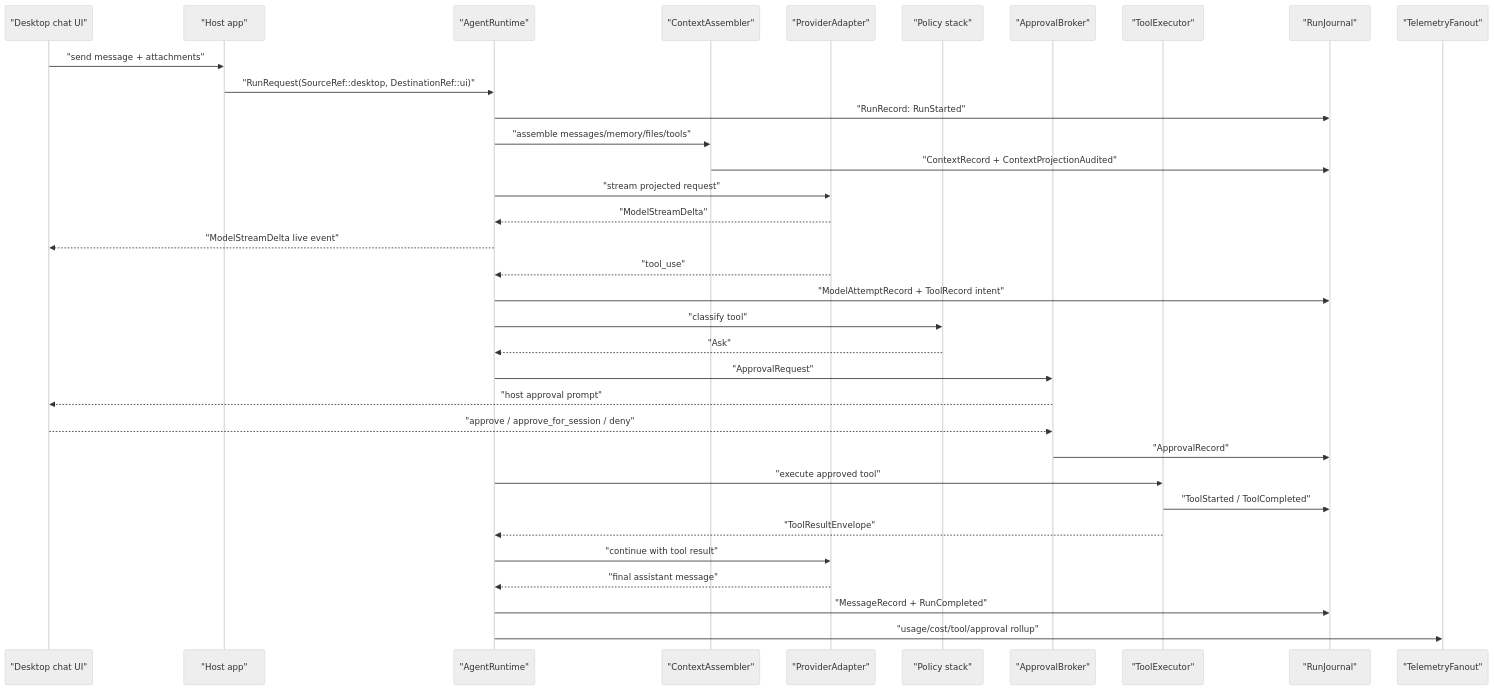
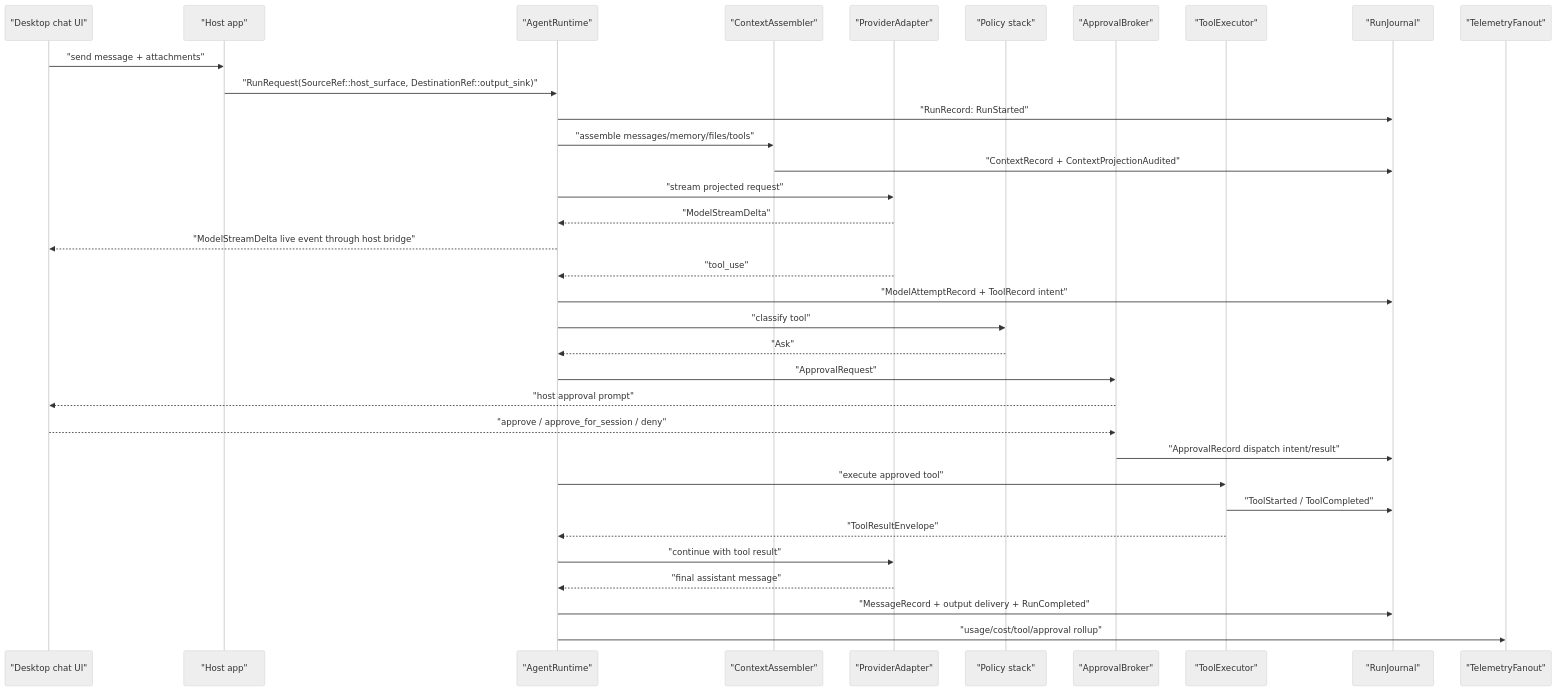
Before and after one commit to heyclawdia/clawdia_sdk: the diagram in docs/examples/desktop-chat-tool-approval.md, drawn with Mermaid (neutral theme). The commit also changed other lines of this file and 14 other files, not shown here.

````diff
--- a/docs/examples/desktop-chat-tool-approval.md
+++ b/docs/examples/desktop-chat-tool-approval.md
@@ -7,37 +7,37 @@
 ```mermaid
 sequenceDiagram
   participant UI as "Desktop chat UI"
   participant Host as "Host app"
   participant Runtime as "AgentRuntime"
   participant Context as "ContextAssembler"
   participant Provider as "ProviderAdapter"
   participant Policy as "Policy stack"
   participant Broker as "ApprovalBroker"
   participant Tool as "ToolExecutor"
   participant Journal as "RunJournal"
   participant Telemetry as "TelemetryFanout"
 
   UI->>Host: "send message + attachments"
-  Host->>Runtime: "RunRequest(SourceRef::desktop, DestinationRef::ui)"
+  Host->>Runtime: "RunRequest(SourceRef::host_surface, DestinationRef::output_sink)"
   Runtime->>Journal: "RunRecord: RunStarted"
   Runtime->>Context: "assemble messages/memory/files/tools"
   Context->>Journal: "ContextRecord + ContextProjectionAudited"
   Runtime->>Provider: "stream projected request"
   Provider-->>Runtime: "ModelStreamDelta"
-  Runtime-->>UI: "ModelStreamDelta live event"
+  Runtime-->>UI: "ModelStreamDelta live event through host bridge"
   Provider-->>Runtime: "tool_use"
   Runtime->>Journal: "ModelAttemptRecord + ToolRecord intent"
   Runtime->>Policy: "classify tool"
   Policy-->>Runtime: "Ask"
   Runtime->>Broker: "ApprovalRequest"
   Broker-->>UI: "host approval prompt"
   UI-->>Broker: "approve / approve_for_session / deny"
-  Broker->>Journal: "ApprovalRecord"
+  Broker->>Journal: "ApprovalRecord dispatch intent/result"
   Runtime->>Tool: "execute approved tool"
   Tool->>Journal: "ToolStarted / ToolCompleted"
   Tool-->>Runtime: "ToolResultEnvelope"
   Runtime->>Provider: "continue with tool result"
   Provider-->>Runtime: "final assistant message"
-  Runtime->>Journal: "MessageRecord + RunCompleted"
+  Runtime->>Journal: "MessageRecord + output delivery + RunCompleted"
   Runtime->>Telemetry: "usage/cost/tool/approval rollup"
 ```
````
